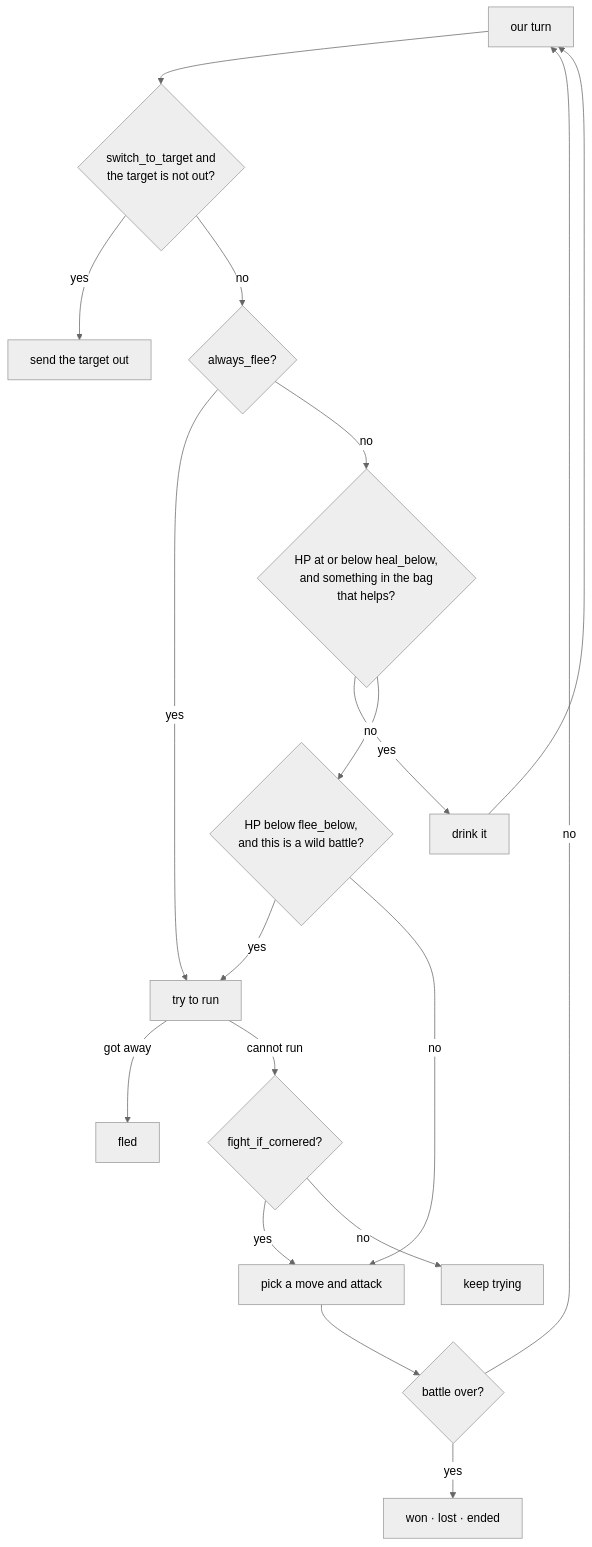
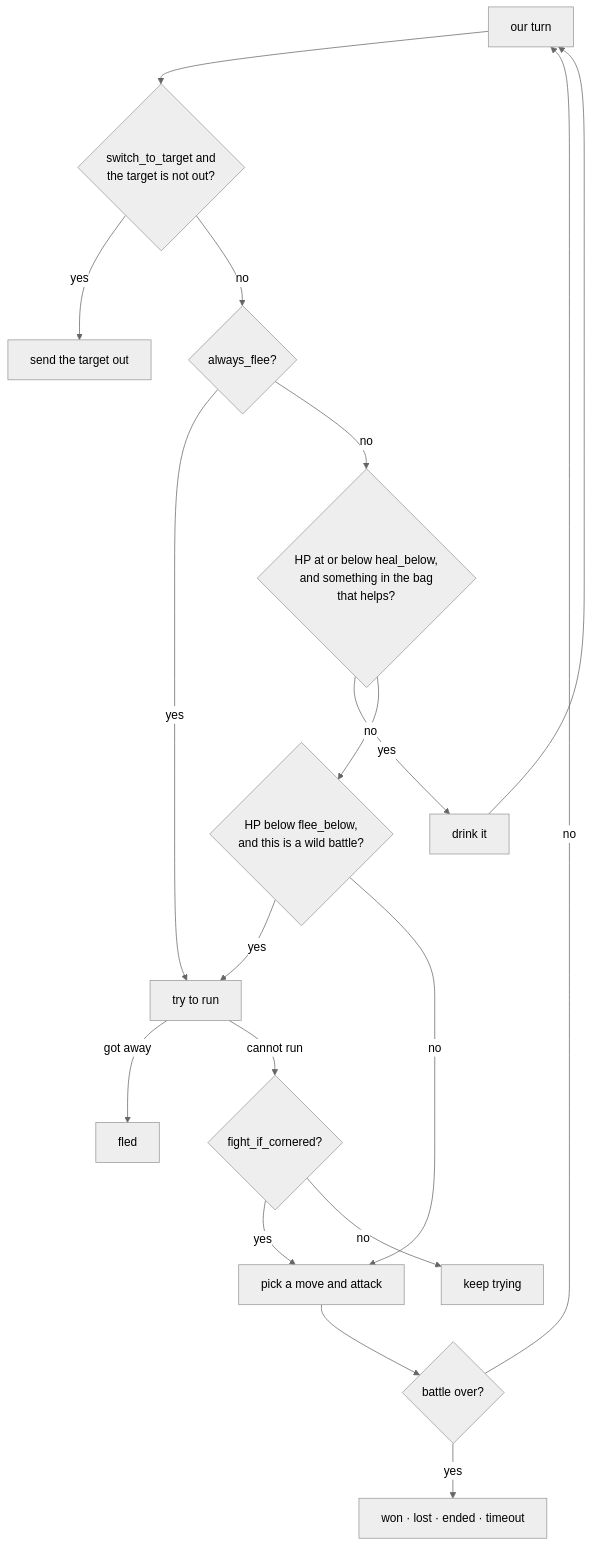
Before and after one commit to minormending/crystal-pilot: the fifth of 15 diagrams in docs/CODE.md, drawn with Mermaid (neutral theme). The commit also changed other lines of this file and 19 other files, not shown here.

````diff
--- a/docs/CODE.md
+++ b/docs/CODE.md
@@ -667,20 +667,20 @@
 ```mermaid
 flowchart TD
     A["our turn"] --> SW{"switch_to_target and<br/>the target is not out?"}
     SW -- yes --> SWITCH["send the target out"]
     SW -- no --> AF{"always_flee?"}
     AF -- yes --> TRY
     AF -- no --> H{"HP at or below heal_below,<br/>and something in the bag<br/>that helps?"}
     H -- yes --> HEAL["drink it"]
     HEAL --> A
     H -- no --> F{"HP below flee_below,<br/>and this is a wild battle?"}
     F -- yes --> TRY["try to run"]
     TRY -- "got away" --> FLED["fled"]
     TRY -- "cannot run" --> C{"fight_if_cornered?"}
     C -- yes --> FIGHT
     C -- no --> KEEP["keep trying"]
     F -- no --> FIGHT["pick a move and attack"]
     FIGHT --> R{"battle over?"}
     R -- no --> A
-    R -- yes --> OUT["won · lost · ended"]
+    R -- yes --> OUT["won · lost · ended · timeout"]
 ```
````
